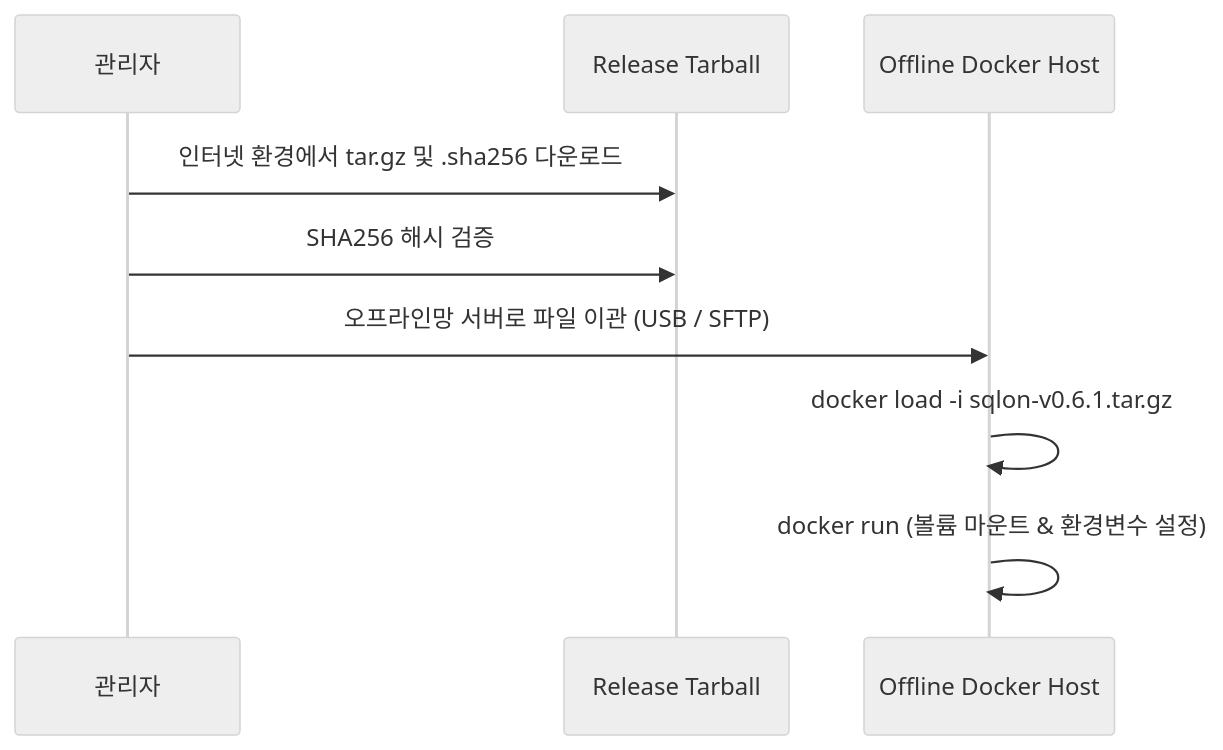
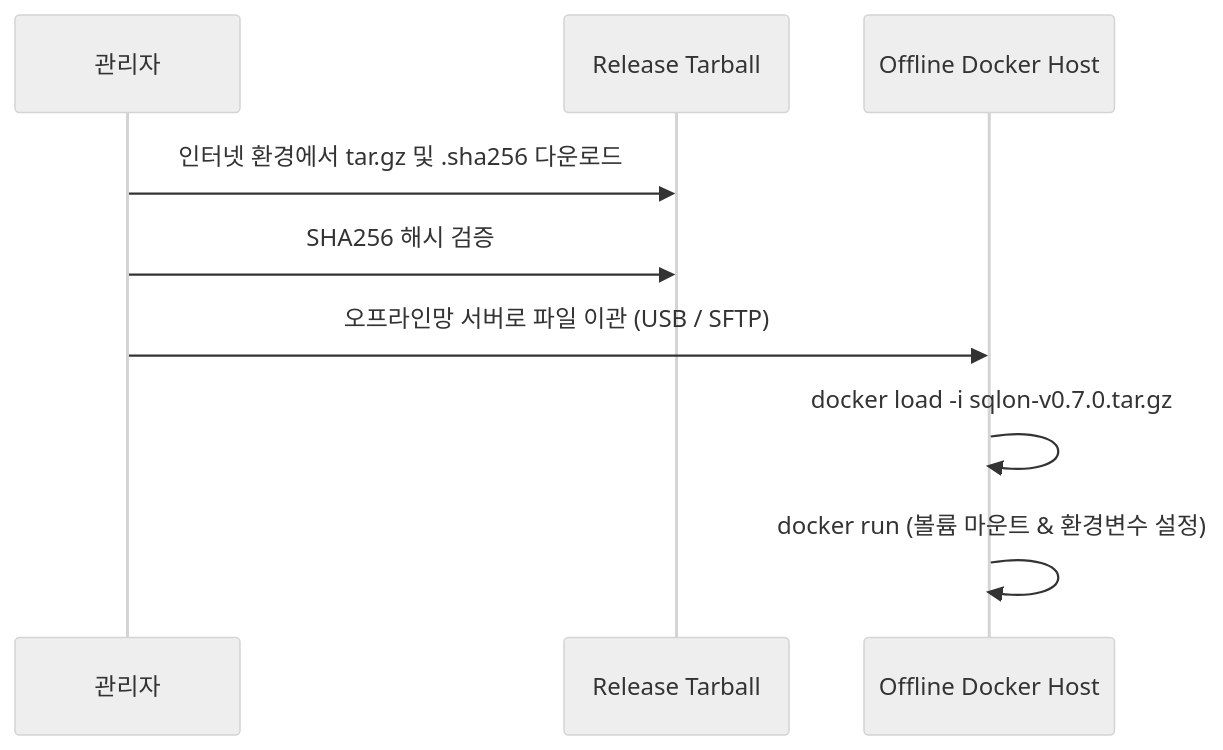
The second of 2 diagrams in docs/admin_guide.md (hkjang/sqlon), drawn with Mermaid (neutral theme) before and after one commit. The commit also changed other lines of this file and 12 other files, not shown here.

````diff
--- a/docs/admin_guide.md
+++ b/docs/admin_guide.md
@@ -62,12 +62,12 @@
 ```mermaid
 sequenceDiagram
     participant Admin as 관리자
     participant File as Release Tarball
     participant Docker as Offline Docker Host
     
     Admin->>File: 인터넷 환경에서 tar.gz 및 .sha256 다운로드
     Admin->>File: SHA256 해시 검증
     Admin->>Docker: 오프라인망 서버로 파일 이관 (USB / SFTP)
-    Docker->>Docker: docker load -i sqlon-v0.6.1.tar.gz
+    Docker->>Docker: docker load -i sqlon-v0.7.0.tar.gz
     Docker->>Docker: docker run (볼륨 마운트 & 환경변수 설정)
 ```
````
